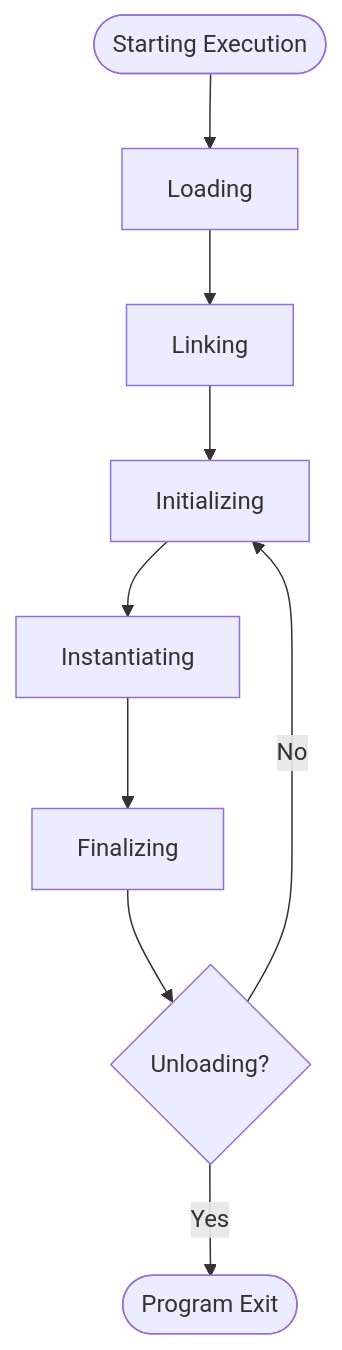
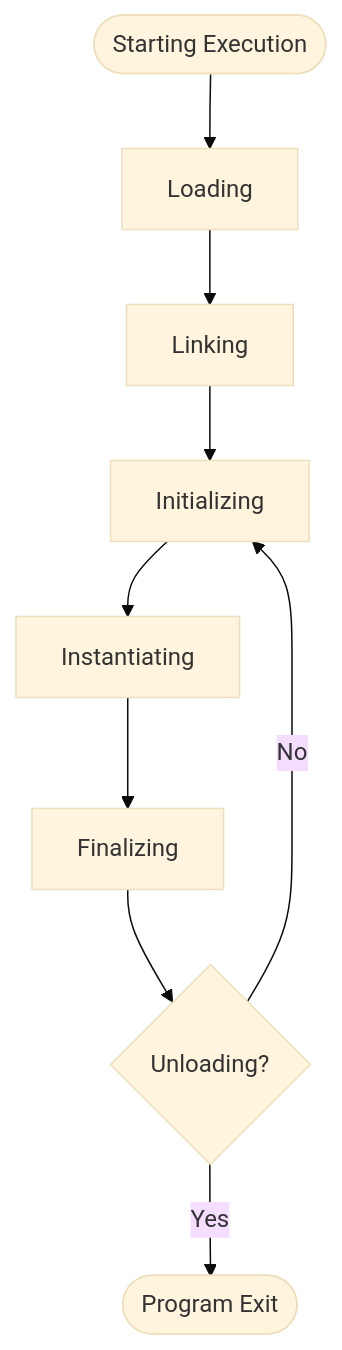
One commit to cesarsotovalero/cesarsotovalero.github.io changed the diagram in _posts/2022/2022-10-20-how-the-jvm-executes-java-code.md. Above: the diagram before and after it, drawn with Mermaid.

```diff
--- a/_posts/2022/2022-10-20-how-the-jvm-executes-java-code.md
+++ b/_posts/2022/2022-10-20-how-the-jvm-executes-java-code.md
@@ -55,11 +55,12 @@
 {% mermaid %}
+%%{init: {'theme':'base'}}%%
 flowchart TB;
 a(["Starting Execution"]) --> b["Loading"]
 b["Loading"] --> c["Linking"]
 c["Linking"] --> d["Initializing"]
 d["Initializing"] --> e["Instantiating"]
 e["Instantiating"] --> f["Finalizing"]  
 f["Finalizing"] --> q{Unloading?}
 q -- Yes --> x(["Program Exit"])
 q -- No --> d["Initializing"]
 {% endmermaid %}
```
